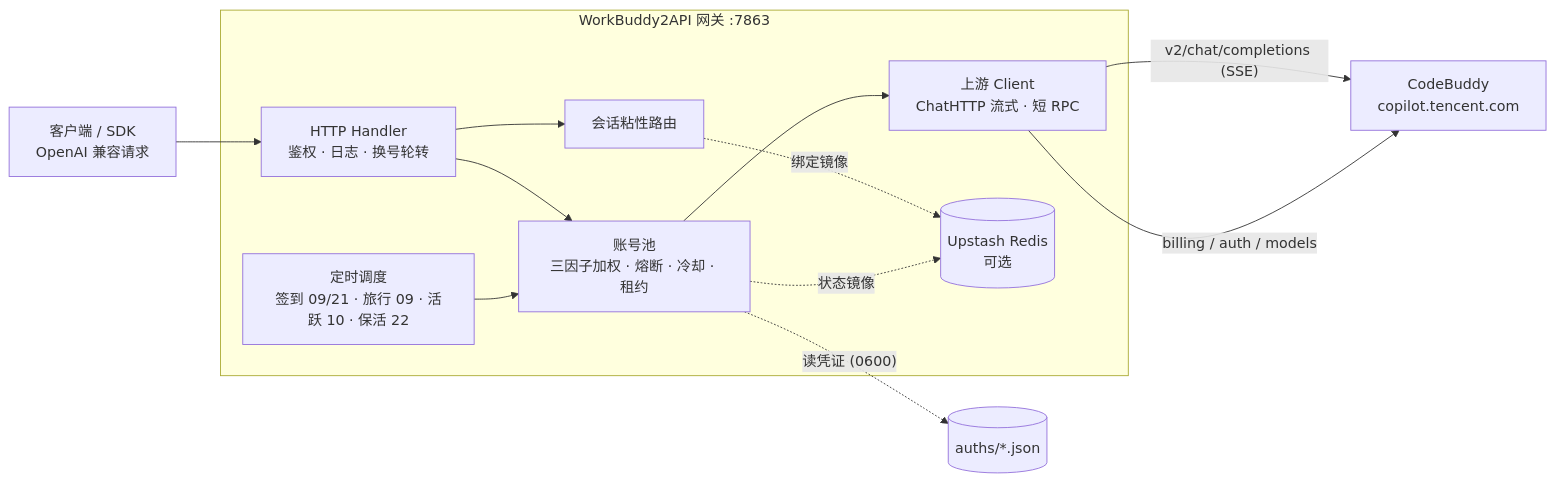
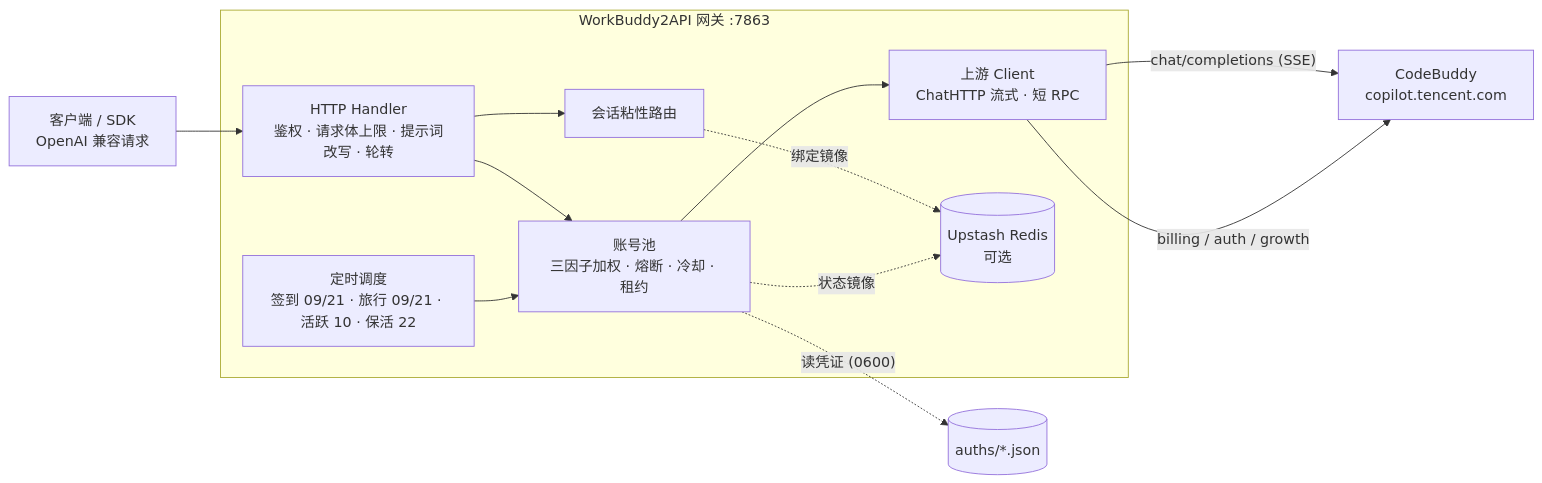
One commit to aaliang319-source/workbuddy2apinew changed the diagram in README.md. Above: the diagram before and after it, drawn with Mermaid. The commit also changed other lines of this file, not shown here.

````diff
--- a/README.md
+++ b/README.md
@@ -49,18 +50,18 @@
 ```mermaid
 flowchart LR
     Client["客户端 / SDK\nOpenAI 兼容请求"] --> H
 
     subgraph GWI["WorkBuddy2API 网关 :7863"]
-        H["HTTP Handler\n鉴权 · 日志 · 换号轮转"] --> P
+        H["HTTP Handler\n鉴权 · 请求体上限 · 提示词改写 · 轮转"] --> P
         H --> S
         P["账号池\n三因子加权 · 熔断 · 冷却 · 租约"] --> U
         S["会话粘性路由"] -.绑定镜像.-> REDIS
-        T["定时调度\n签到 09/21 · 旅行 09 · 活跃 10 · 保活 22"] --> P
+        T["定时调度\n签到 09/21 · 旅行 09/21 · 活跃 10 · 保活 22"] --> P
         U["上游 Client\nChatHTTP 流式 · 短 RPC"]
     end
 
     P -. "读凭证 (0600)" .-> AUTH[("auths/*.json")]
     P -. "状态镜像" .-> REDIS[("Upstash Redis\n可选")]
-    U -->|"v2/chat/completions (SSE)"| CB["CodeBuddy\ncopilot.tencent.com"]
-    U -->|"billing / auth / models"| CB
+    U -->|"chat/completions (SSE)"| CB["CodeBuddy\ncopilot.tencent.com"]
+    U -->|"billing / auth / growth"| CB
 ```
````
